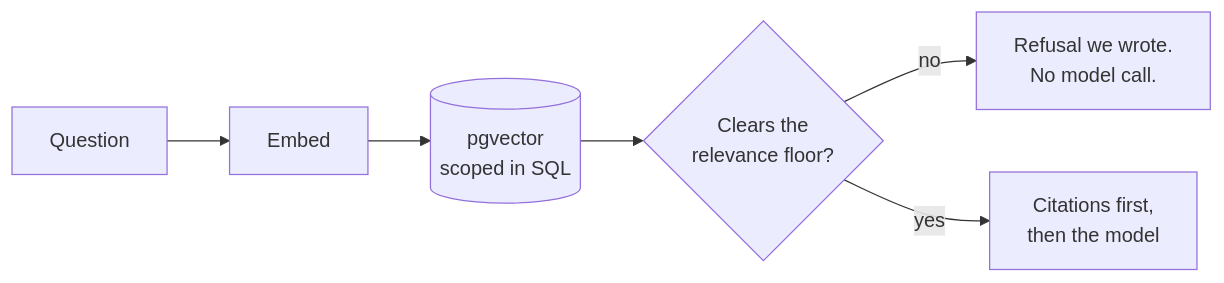
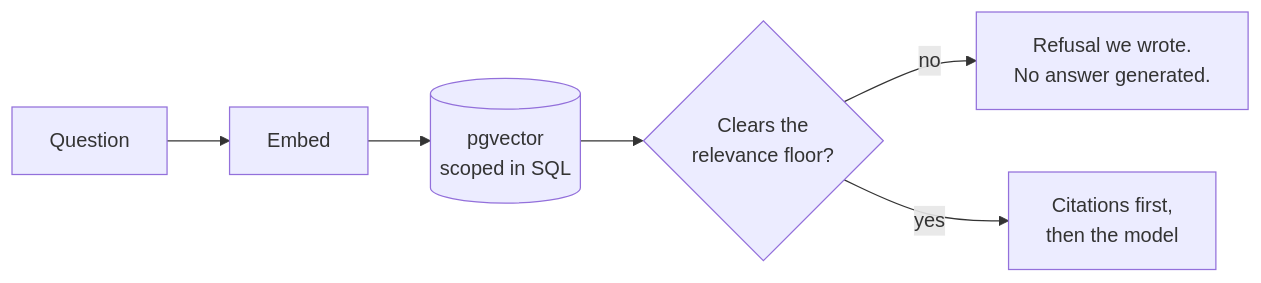
The diagram in README.md (Patrascu-Lucian/CiteSeek), drawn with Mermaid before and after one commit. The commit also changed other lines of this file, not shown here.

Commit message:
docs: Readme follow-up on "say which model is never called on the refusal branch"

````diff
--- a/README.md
+++ b/README.md
@@ -36,8 +40,8 @@
 ```mermaid
 flowchart LR
     A[Question] --> B[Embed]
     B --> C[(pgvector<br/>scoped in SQL)]
     C --> D{Clears the<br/>relevance floor?}
-    D -- no --> E[Refusal we wrote.<br/>No model call.]
+    D -- no --> E[Refusal we wrote.<br/>No answer generated.]
     D -- yes --> F[Citations first,<br/>then the model]
 ```
````
